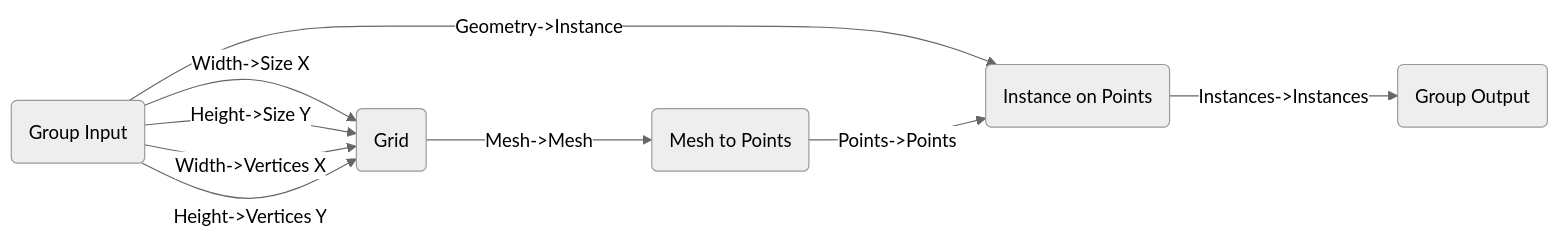
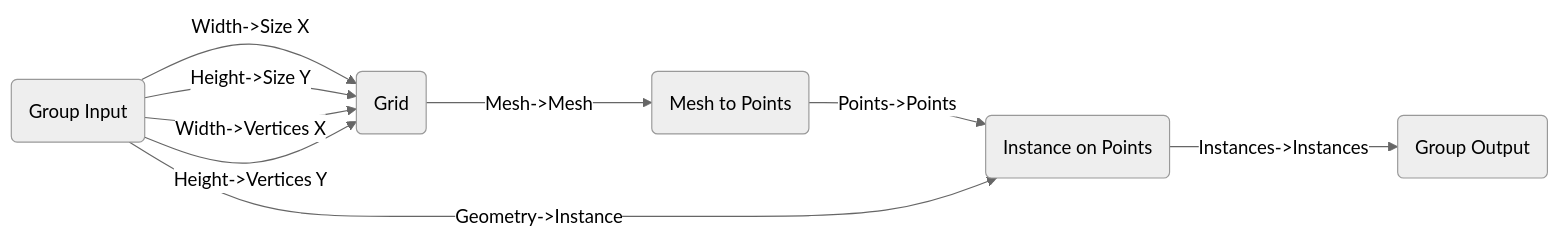
One commit to BradyAJohnston/nodebpy changed the second of 5 diagrams in comparisons.llms.md. Above: the diagram before and after it, drawn with Mermaid (neutral theme). The commit also changed other lines of this file and 104 other files, not shown here.

````diff
--- a/comparisons.llms.md
+++ b/comparisons.llms.md
@@ -133,16 +135,16 @@
 ``` mermaid
 graph LR
     N0("Group Input"):::default-node
     N1("Grid"):::geometry-node
     N2("Mesh to Points"):::geometry-node
     N3("Instance on Points"):::geometry-node
     N4("Group Output"):::default-node
     N0 -->|"Width->Size X"| N1
     N0 -->|"Height->Size Y"| N1
     N0 -->|"Width->Vertices X"| N1
     N0 -->|"Height->Vertices Y"| N1
     N1 -->|"Mesh->Mesh"| N2
+    N2 -->|"Points->Points"| N3
     N0 -->|"Geometry->Instance"| N3
-    N2 -->|"Points->Points"| N3
     N3 -->|"Instances->Instances"| N4
 ```
````
